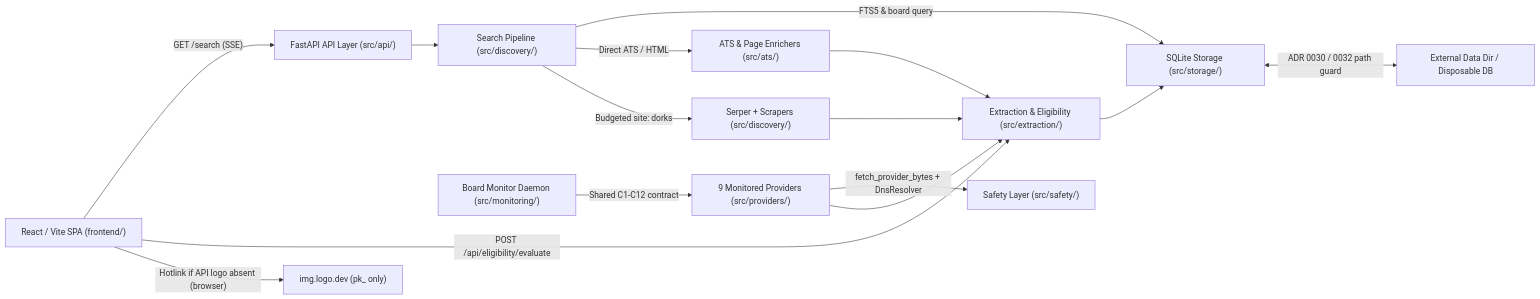
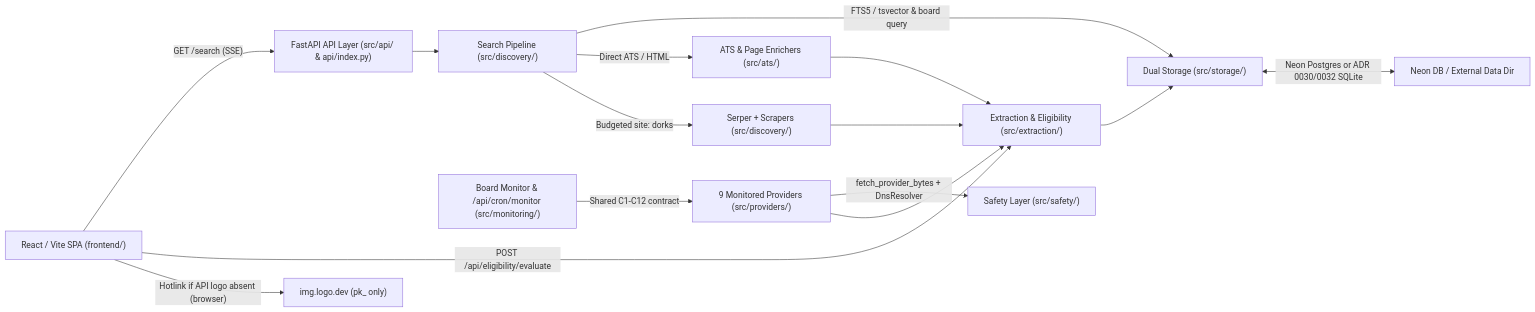
The diagram in docs/architecture.md (richmondsogo/bottom-pot), drawn with Mermaid before and after one commit. The commit also changed other lines of this file and 19 other files, not shown here.

Commit message:
feat(step-61): add Neon Postgres storage, batch board upserts, Vercel config, and cron monitor

````diff
--- a/docs/architecture.md
+++ b/docs/architecture.md
@@ -33,17 +33,17 @@
 ```mermaid
 flowchart LR
-  UI["React / Vite SPA (frontend/)"] -->|"GET /search (SSE)"| API["FastAPI API Layer (src/api/)"]
+  UI["React / Vite SPA (frontend/)"] -->|"GET /search (SSE)"| API["FastAPI API Layer (src/api/ & api/index.py)"]
   UI -->|"POST /api/eligibility/evaluate"| EXTRACT["Extraction & Eligibility (src/extraction/)"]
   API --> PIPE["Search Pipeline (src/discovery/)"]
-  PIPE -->|"FTS5 & board query"| STORE["SQLite Storage (src/storage/)"]
+  PIPE -->|"FTS5 / tsvector & board query"| STORE["Dual Storage (src/storage/)"]
   PIPE -->|"Direct ATS / HTML"| ATS["ATS & Page Enrichers (src/ats/)"]
   PIPE -->|"Budgeted site: dorks"| SERP["Serper + Scrapers (src/discovery/)"]
-  MON["Board Monitor Daemon (src/monitoring/)"] -->|"Shared C1-C12 contract"| PROV["9 Monitored Providers (src/providers/)"]
+  MON["Board Monitor & /api/cron/monitor (src/monitoring/)"] -->|"Shared C1-C12 contract"| PROV["9 Monitored Providers (src/providers/)"]
   PROV -->|"fetch_provider_bytes + DnsResolver"| SAFE["Safety Layer (src/safety/)"]
   ATS --> EXTRACT
   SERP --> EXTRACT
   PROV --> EXTRACT
   EXTRACT --> STORE
-  STORE <-->|"ADR 0030 / 0032 path guard"| EXT["External Data Dir / Disposable DB"]
+  STORE <-->|"Neon Postgres or ADR 0030/0032 SQLite"| EXT["Neon DB / External Data Dir"]
   UI -->|"Hotlink if API logo absent (browser)"| LOGODEV["img.logo.dev (pk_ only)"]
 ```
````
